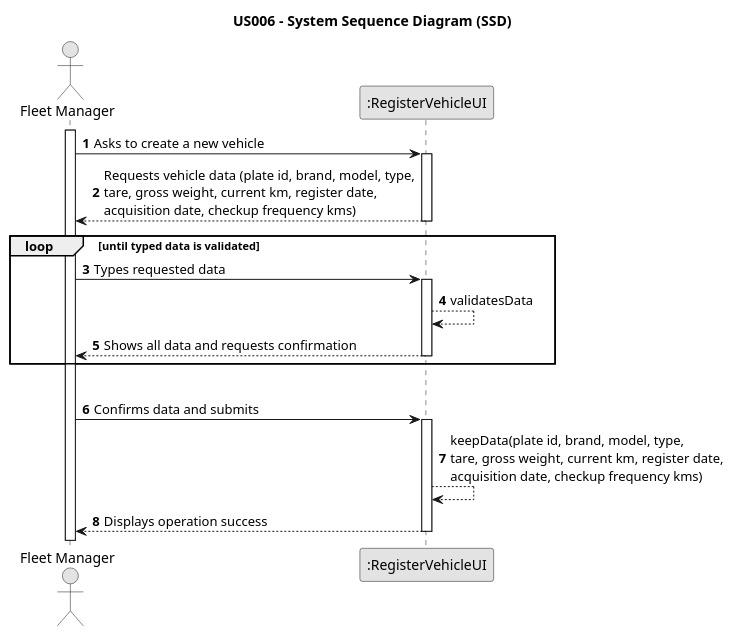
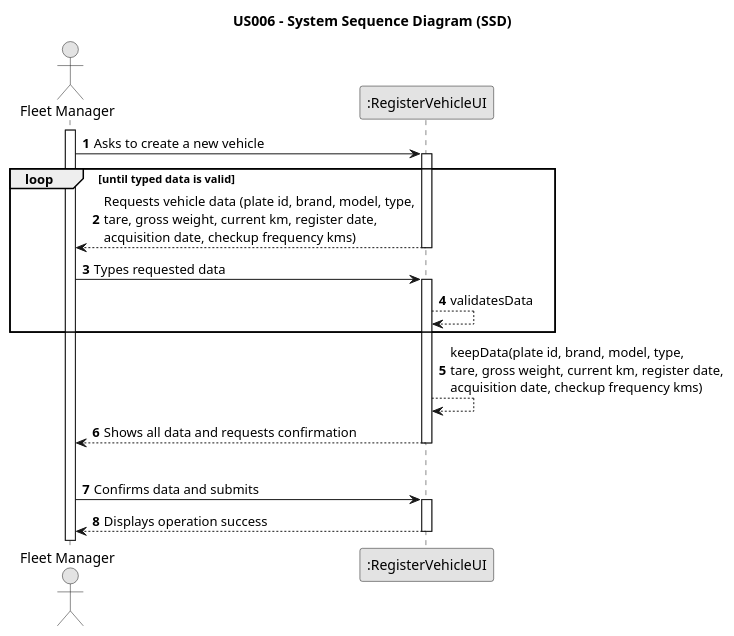
The diagram in docs/sprintB/us006/01.requirements-engineering/puml/us006-system-sequence-diagram.puml (Rui-San/LAPR2_2023_2024), drawn with PlantUML before and after one commit.

Commit message:
US006: fixed SSD

```diff
--- a/docs/sprintB/us006/01.requirements-engineering/puml/us006-system-sequence-diagram.puml
+++ b/docs/sprintB/us006/01.requirements-engineering/puml/us006-system-sequence-diagram.puml
@@ -1,38 +1,38 @@
 @startuml
 skinparam monochrome true
 skinparam packageStyle rectangle
 skinparam shadowing false
 
 title US006 - System Sequence Diagram (SSD)
 
 autonumber
 
 actor "Fleet Manager" as Employee
 participant ":RegisterVehicleUI" as System
 
 activate Employee
 
     Employee -> System : Asks to create a new vehicle
     activate System
 
+    loop until typed data is valid
         System --> Employee : Requests vehicle data (plate id, brand, model, type,\ntare, gross weight, current km, register date,\nacquisition date, checkup frequency kms)
     deactivate System
 
 
-    loop until typed data is validated
     Employee -> System : Types requested data
     activate System
         System --> System : validatesData
+    end loop
+        System --> System : keepData(plate id, brand, model, type,\ntare, gross weight, current km, register date,\nacquisition date, checkup frequency kms)
         System --> Employee : Shows all data and requests confirmation
     deactivate System
 
-    end loop
     |||
     Employee -> System : Confirms data and submits
     activate System
 
-        System --> System : keepData(plate id, brand, model, type,\ntare, gross weight, current km, register date,\nacquisition date, checkup frequency kms)
         System --> Employee : Displays operation success
     deactivate System
 
 @enduml
```
